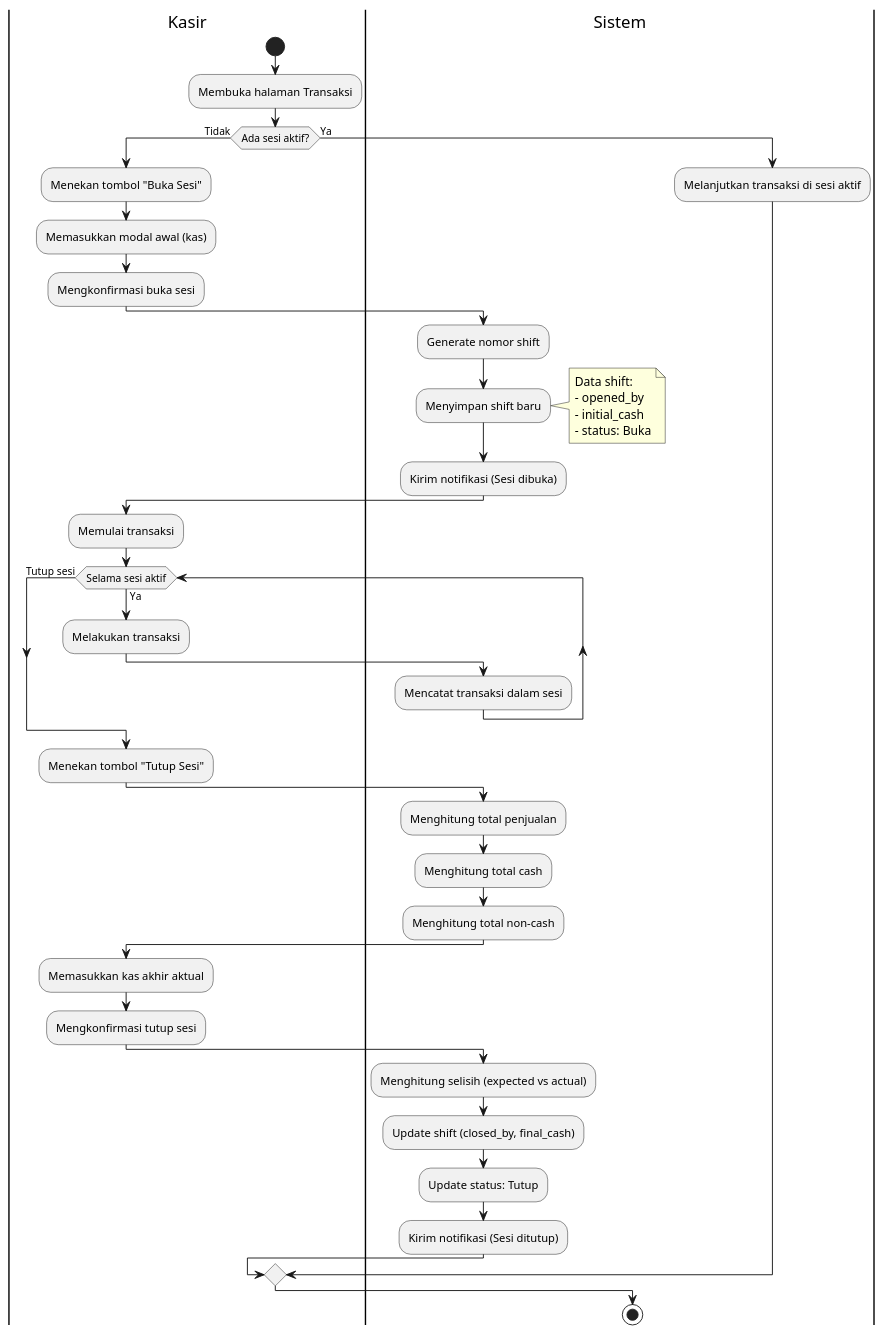
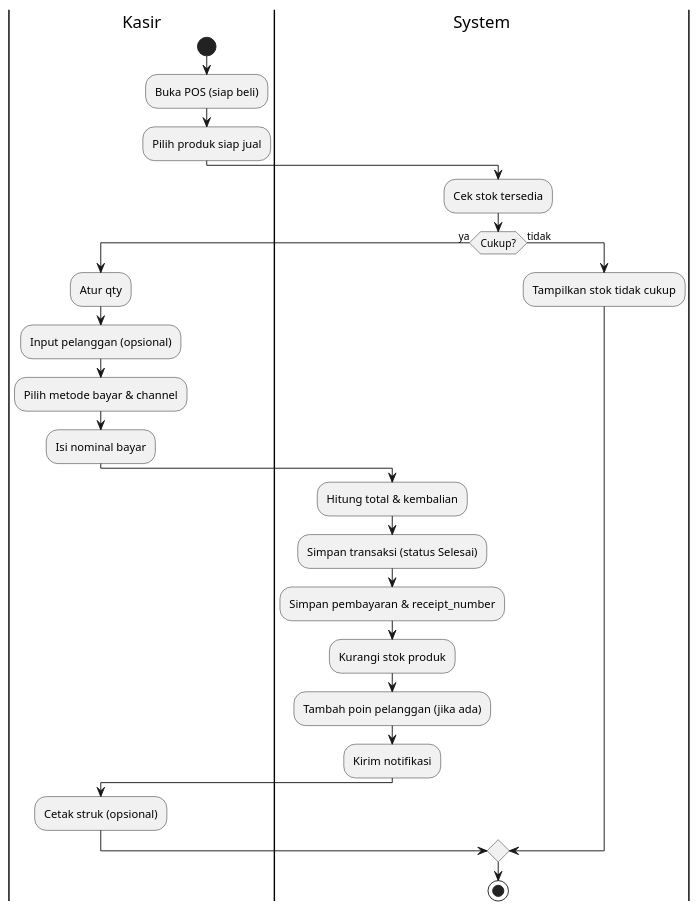
One commit to pawon3d/pawon3d changed the third of 9 diagrams in docs/diagrams/02_ACTIVITY_DIAGRAM.md. Above: the diagram before and after it, drawn with PlantUML. The commit also changed other lines of this file and 155 other files, not shown here.

````diff
--- a/docs/diagrams/02_ACTIVITY_DIAGRAM.md
+++ b/docs/diagrams/02_ACTIVITY_DIAGRAM.md
@@ -279,59 +98,30 @@
 ```plantuml
-@startuml Activity Diagram - Sesi Penjualan (Shift)
-
+@startuml Activity - Transaksi Siap Beli
 |Kasir|
 start
-:Membuka halaman Transaksi;
-
-if (Ada sesi aktif?) then (Tidak)
-    :Menekan tombol "Buka Sesi";
-    :Memasukkan modal awal (kas);
-    :Mengkonfirmasi buka sesi;
-
-    |Sistem|
-    :Generate nomor shift;
-    :Menyimpan shift baru;
-    note right
-      Data shift:
-      - opened_by
-      - initial_cash
-      - status: Buka
-    end note
-    :Kirim notifikasi (Sesi dibuka);
-
+:Buka POS (siap beli);
+:Pilih produk siap jual;
+|System|
+:Cek stok tersedia;
+if (Cukup?) then (ya)
     |Kasir|
-    :Memulai transaksi;
-
-    while (Selama sesi aktif) is (Ya)
-        :Melakukan transaksi;
-
-        |Sistem|
-        :Mencatat transaksi dalam sesi;
-    endwhile (Tutup sesi)
-
+    :Atur qty;
+    :Input pelanggan (opsional);
+    :Pilih metode bayar & channel;
+    :Isi nominal bayar;
+    |System|
+    :Hitung total & kembalian;
+    :Simpan transaksi (status Selesai);
+    :Simpan pembayaran & receipt_number;
+    :Kurangi stok produk;
+    :Tambah poin pelanggan (jika ada);
+    :Kirim notifikasi;
     |Kasir|
-    :Menekan tombol "Tutup Sesi";
-
-    |Sistem|
-    :Menghitung total penjualan;
-    :Menghitung total cash;
-    :Menghitung total non-cash;
-
-    |Kasir|
-    :Memasukkan kas akhir aktual;
-    :Mengkonfirmasi tutup sesi;
-
-    |Sistem|
-    :Menghitung selisih (expected vs actual);
-    :Update shift (closed_by, final_cash);
-    :Update status: Tutup;
-    :Kirim notifikasi (Sesi ditutup);
-
-else (Ya)
-    :Melanjutkan transaksi di sesi aktif;
+    :Cetak struk (opsional);
+else (tidak)
+    |System|
+    :Tampilkan stok tidak cukup;
 endif
-
 stop
-
 @enduml
 ```
````
